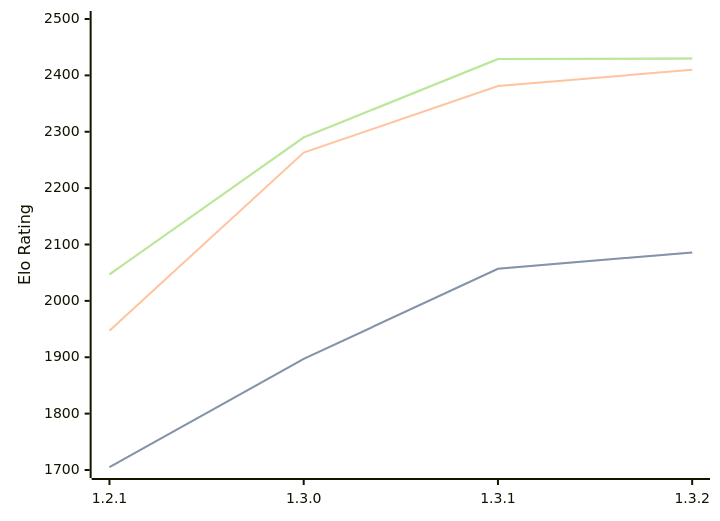
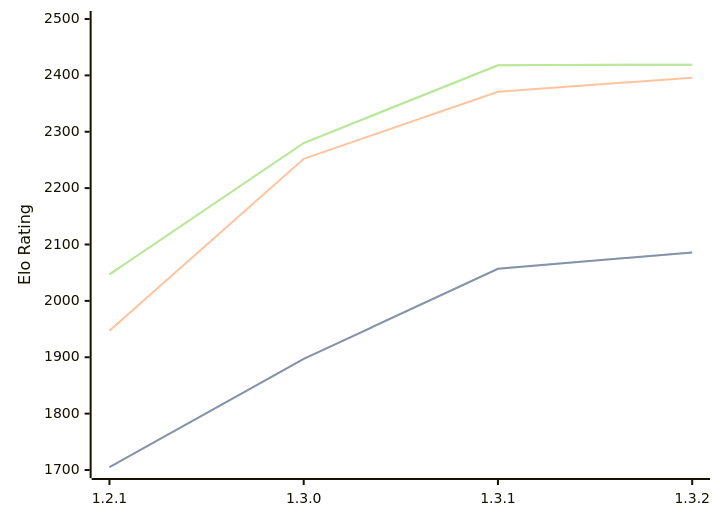
One commit to computer-chess-index/cci changed the diagram in engines/Chal.md. Above: the diagram before and after it, drawn with Mermaid. The commit also changed other lines of this file, not shown here.

Commit message:
Update CCI Ratings (ELO VLTC) - 2026-03-19

````diff
--- a/engines/Chal.md
+++ b/engines/Chal.md
@@ -35,11 +35,11 @@
 ```mermaid
 %%{init: {"theme":"base","themeVariables":{"seriesColors:['#a3a3a3','#222221','#faa371']}}}%%
 xychart-beta
   x-axis ["1.2.1", "1.3.0", "1.3.1", "1.3.2"]
   y-axis "Elo Rating" 1700 --> 2500
   line "STC (8.0+0.08s)" [1705, 1897, 2057, 2086]
   line "STC (8.0+0.08s)" [1705, 1897, 2057, 2086]
-  line "LTC (60.0+0.60s)" [1947, 2263, 2381, 2410]
-  line "VLTC (2m24s+1.12s)" [2047, 2290, 2429, 2430]
-  line "VLTC (2m24s+1.12s)" [2047, 2290, 2429, 2430]
+  line "LTC (60.0+0.60s)" [1947, 2252, 2371, 2396]
+  line "VLTC (2m24s+1.12s)" [2047, 2280, 2418, 2419]
+  line "VLTC (2m24s+1.12s)" [2047, 2280, 2418, 2419]
 ```
````
